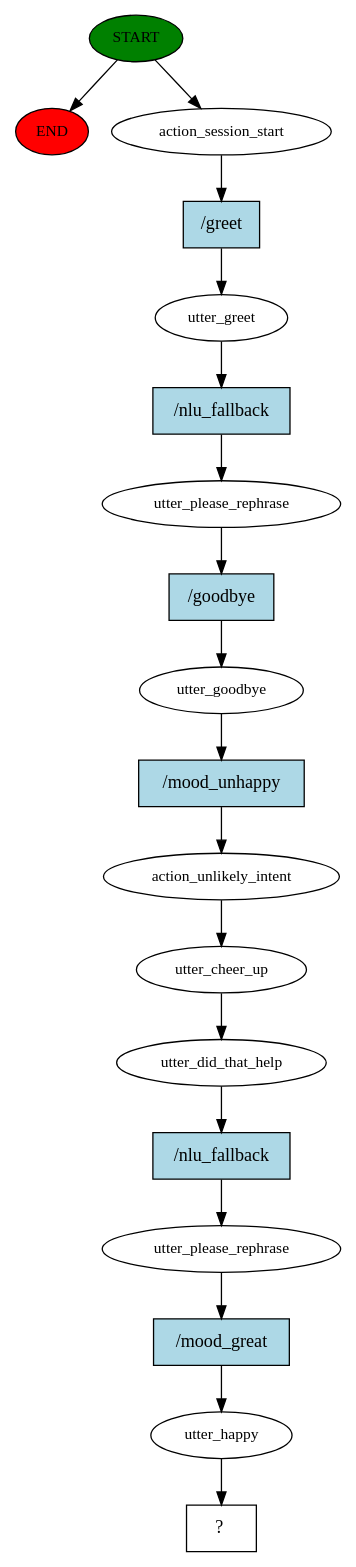
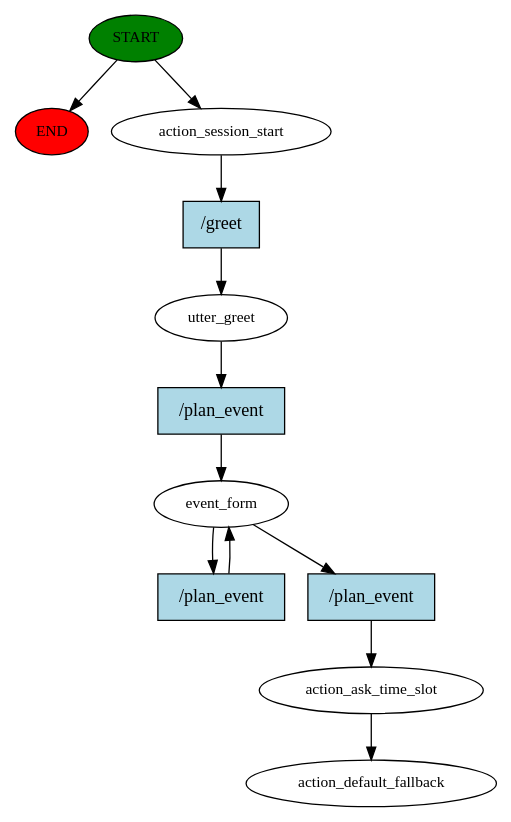
Before and after one commit to badrithapa/eventPlannerChatBot: the diagram in story_graph.dot, drawn with Graphviz. The commit also changed 103 other files, not shown here.

Commit message:
Added slot filling action that prompts user to fill the slot

```diff
--- a/story_graph.dot
+++ b/story_graph.dot
@@ -1,37 +1,24 @@
 digraph  {
 0 [class="start active", fillcolor=green, fontsize=12, label=START, style=filled];
 "-1" [class=end, fillcolor=red, fontsize=12, label=END, style=filled];
 1 [class=active, fontsize=12, label=action_session_start];
 2 [class=active, fontsize=12, label=utter_greet];
-3 [class=active, fontsize=12, label=utter_please_rephrase];
-4 [class=active, fontsize=12, label=utter_goodbye];
-5 [class=active, fontsize=12, label=action_unlikely_intent];
-6 [class=active, fontsize=12, label=utter_cheer_up];
-7 [class=active, fontsize=12, label=utter_did_that_help];
-8 [class=active, fontsize=12, label=utter_please_rephrase];
-9 [class=active, fontsize=12, label=utter_happy];
-10 [class="intent dashed active", label="  ?  ", shape=rect];
-11 [class="intent active", fillcolor=lightblue, label="/greet", shape=rect, style=filled];
-12 [class="intent active", fillcolor=lightblue, label="/nlu_fallback", shape=rect, style=filled];
-13 [class="intent active", fillcolor=lightblue, label="/goodbye", shape=rect, style=filled];
-14 [class="intent active", fillcolor=lightblue, label="/mood_unhappy", shape=rect, style=filled];
-15 [class="intent active", fillcolor=lightblue, label="/nlu_fallback", shape=rect, style=filled];
-16 [class="intent active", fillcolor=lightblue, label="/mood_great", shape=rect, style=filled];
+3 [class=active, fontsize=12, label=event_form];
+6 [class=active, fontsize=12, label=action_ask_time_slot];
+7 [class="dashed active", fontsize=12, label=action_default_fallback];
+8 [class="intent active", fillcolor=lightblue, label="/greet", shape=rect, style=filled];
+9 [class="intent active", fillcolor=lightblue, label="/plan_event", shape=rect, style=filled];
+10 [class="intent active", fillcolor=lightblue, label="/plan_event", shape=rect, style=filled];
+11 [class="intent active", fillcolor=lightblue, label="/plan_event", shape=rect, style=filled];
 0 -> "-1"  [class="", key=NONE, label=""];
 0 -> 1  [class=active, key=NONE, label=""];
-1 -> 11  [class=active, key=0];
-2 -> 12  [class=active, key=0];
-3 -> 13  [class=active, key=0];
-4 -> 14  [class=active, key=0];
-5 -> 6  [class=active, key=NONE, label=""];
+1 -> 8  [class=active, key=0];
+2 -> 9  [class=active, key=0];
+3 -> 10  [class=active, key=0];
+3 -> 11  [class=active, key=0];
 6 -> 7  [class=active, key=NONE, label=""];
-7 -> 15  [class=active, key=0];
-8 -> 16  [class=active, key=0];
-9 -> 10  [class=active, key=NONE, label=""];
-11 -> 2  [class=active, key=0];
-12 -> 3  [class=active, key=0];
-13 -> 4  [class=active, key=0];
-14 -> 5  [class=active, key=0];
-15 -> 8  [class=active, key=0];
-16 -> 9  [class=active, key=0];
+8 -> 2  [class=active, key=0];
+9 -> 3  [class=active, key=0];
+10 -> 3  [class=active, key=0];
+11 -> 6  [class=active, key=0];
 }
```
